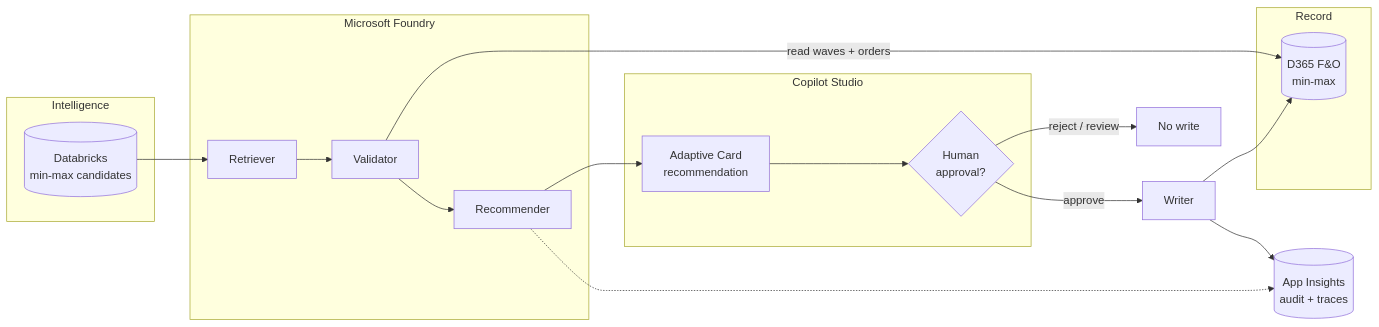
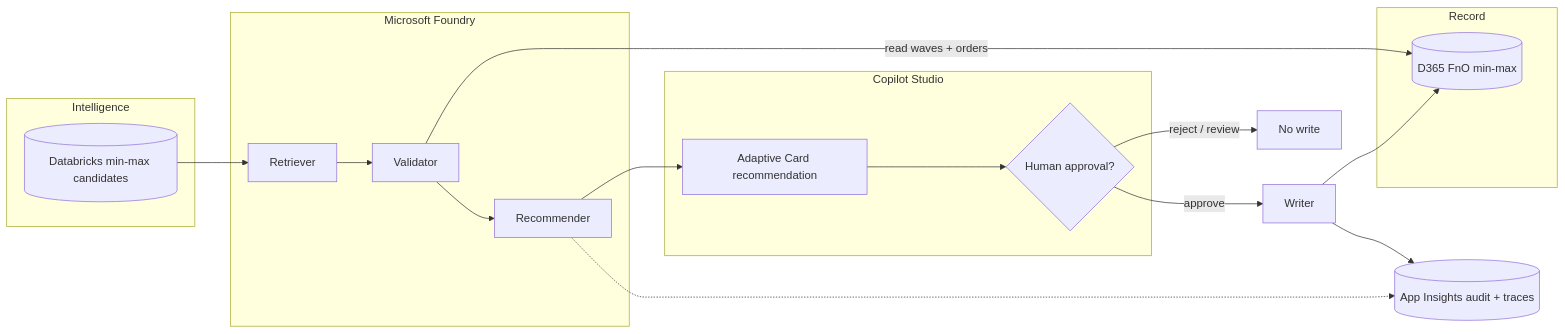
Before and after one commit to honestypugh2/warehouse-replenishment-ai-demo: the fourth of 7 diagrams in docs/07-demo-options.md, drawn with Mermaid. The commit also changed other lines of this file and 3 other files, not shown here.

First line of the commit message:
fix: resolve Mermaid rendering in all docs

````diff
--- a/docs/07-demo-options.md
+++ b/docs/07-demo-options.md
@@ -275,26 +275,26 @@
 ```mermaid
 flowchart LR
     subgraph Intelligence
-        DBX[(Databricks<br/>min-max candidates)]
+        DBX[("Databricks min-max candidates")]
     end
     subgraph Reasoning [Microsoft Foundry]
         RET[Retriever] --> VAL[Validator] --> REC[Recommender]
     end
     subgraph Hub [Copilot Studio]
-        CARD[Adaptive Card<br/>recommendation]
-        GATE{Human<br/>approval?}
+        CARD["Adaptive Card recommendation"]
+        GATE{"Human approval?"}
     end
     subgraph Record
-        D365[(D365 F&O<br/>min-max)]
+        D365[("D365 FnO min-max")]
     end
-    AUD[(App Insights<br/>audit + traces)]
+    AUD[("App Insights audit + traces")]
 
     DBX --> RET
     VAL -->|read waves + orders| D365
     REC --> CARD --> GATE
     GATE -->|approve| WRITE[Writer]
     GATE -->|reject / review| STOP[No write]
     WRITE --> D365
     WRITE --> AUD
     REC -.-> AUD
 ```
````
